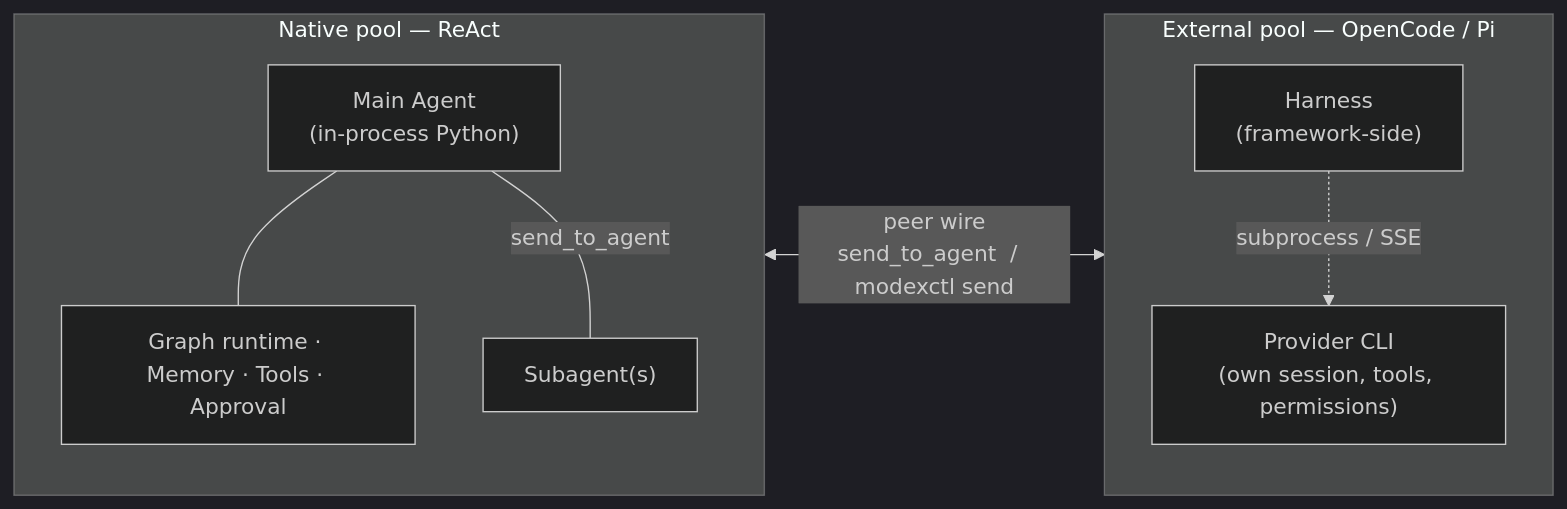
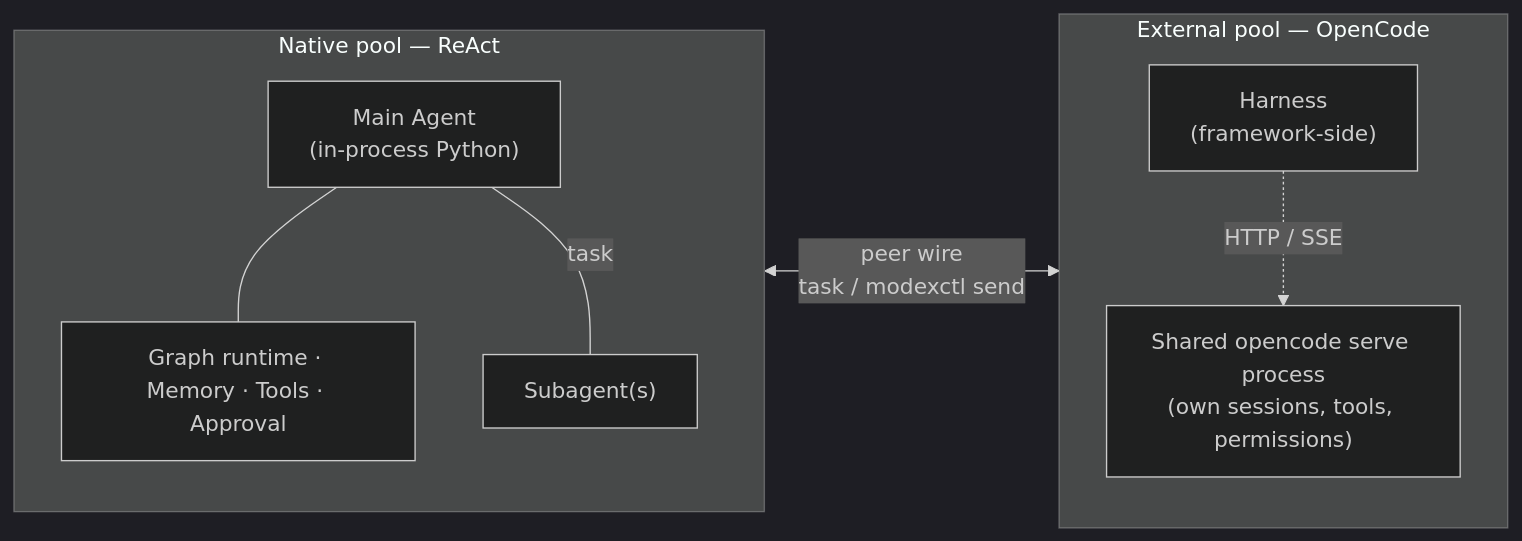
One commit to moyu-er/modex-agent changed the diagram in docs/docs/concepts/external-coding-agents.en.md. Above: the diagram before and after it, drawn with Mermaid (dark theme). The commit also changed other lines of this file and 8 other files, not shown here.

````diff
--- a/docs/docs/concepts/external-coding-agents.en.md
+++ b/docs/docs/concepts/external-coding-agents.en.md
@@ -16,18 +16,18 @@
 ```mermaid
 flowchart LR
     subgraph Native["Native pool — ReAct"]
         direction TB
         NMA["Main Agent<br/>(in-process Python)"]
         NRT["Graph runtime · Memory · Tools · Approval"]
         NMA --- NRT
         NSA["Subagent(s)"]
-        NMA ---|send_to_agent| NSA
+        NMA ---|task| NSA
     end
-    subgraph External["External pool — OpenCode / Pi"]
+    subgraph External["External pool — OpenCode"]
         direction TB
         EMA["Harness<br/>(framework-side)"]
-        ECLI["Provider CLI<br/>(own session, tools, permissions)"]
-        EMA -.->|"subprocess / SSE"| ECLI
+        ECLI["Shared opencode serve process<br/>(own sessions, tools, permissions)"]
+        EMA -.->|"HTTP / SSE"| ECLI
     end
-    NMA <-->|"peer wire<br/>send_to_agent  /  modexctl send"| EMA
+    NMA <-->|"peer wire<br/>task  /  modexctl send"| EMA
 ```
````
